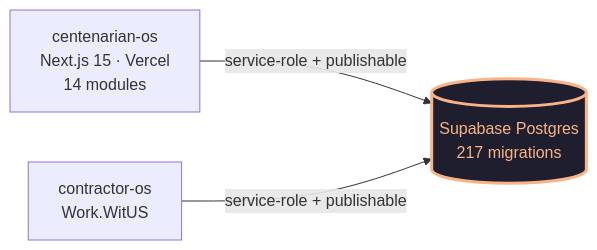
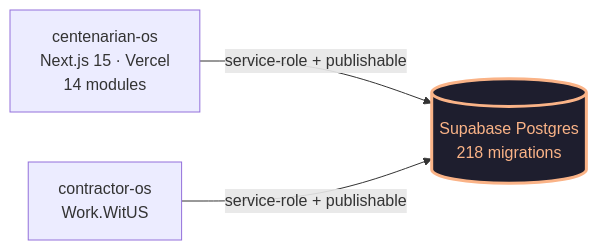
The diagram in README.md (dapperAuteur/centenarian-os), drawn with Mermaid before and after one commit. The commit also changed other lines of this file and 5 other files, not shown here.

````diff
--- a/README.md
+++ b/README.md
@@ -27,12 +27,12 @@
 ```mermaid
 flowchart LR
   classDef shared fill:#1e1e2e,stroke:#fab387,color:#fab387,stroke-width:3px
   classDef external fill:#11111b,stroke:#a6adc8,color:#a6adc8
 
   CentOS[centenarian-os<br/>Next.js 15 · Vercel<br/>14 modules]
   Contractor[contractor-os<br/>Work.WitUS]
-  DB[(Supabase Postgres<br/>217 migrations)]:::shared
+  DB[(Supabase Postgres<br/>218 migrations)]:::shared
 
   CentOS -->|service-role + publishable| DB
   Contractor -->|service-role + publishable| DB
 ```
````
